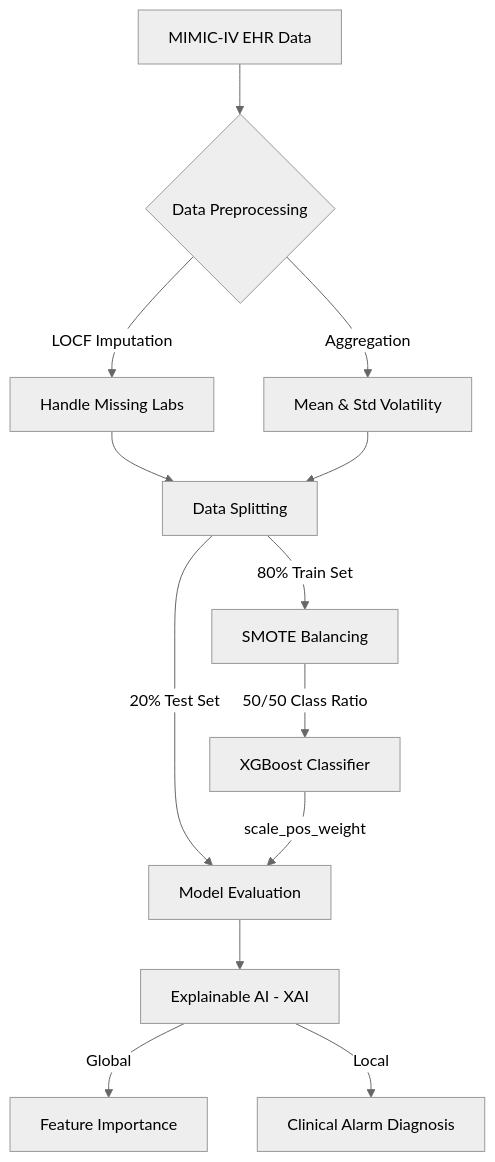
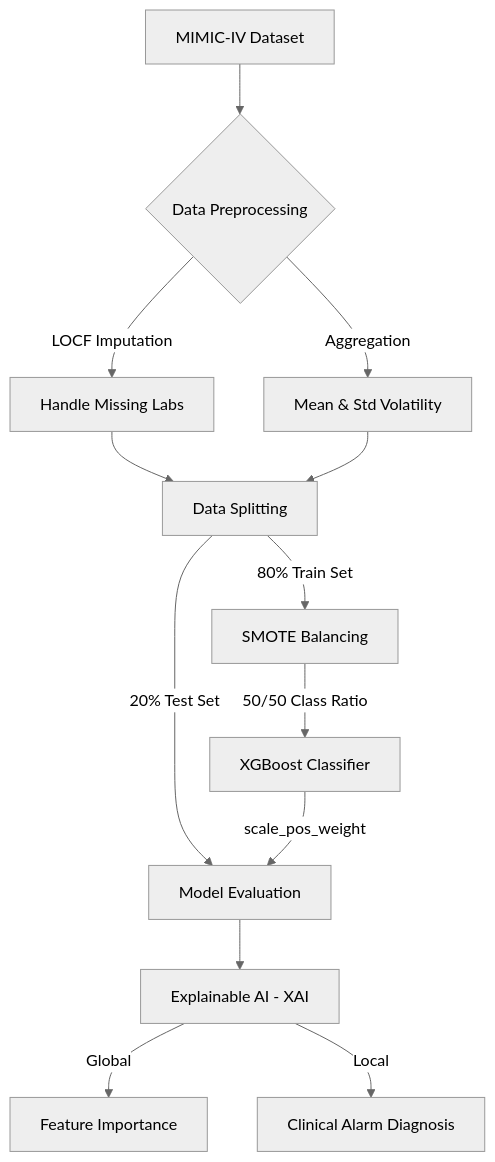
One commit to Aswin-1925/Dataset-MIMIC_IV changed the diagram in README.md. Above: the diagram before and after it, drawn with Mermaid (neutral theme).

````diff
--- a/README.md
+++ b/README.md
@@ -48,19 +48,19 @@
 ```mermaid
 graph TD
-    A[MIMIC-IV EHR Data] --> B{Data Preprocessing}
+    A[MIMIC-IV  Dataset] --> B{Data Preprocessing}
     B -->|LOCF Imputation| C[Handle Missing Labs]
     B -->|Aggregation| D[Mean & Std Volatility]
     C --> E[Data Splitting]
     D --> E
     E -->|80% Train Set| F[SMOTE Balancing]
     F -->|50/50 Class Ratio| G[XGBoost Classifier]
     E -->|20% Test Set| H[Model Evaluation]
     G -->|scale_pos_weight| H
     H --> I[Explainable AI - XAI]
     I -->|Global| J[Feature Importance]
     I -->|Local| K[Clinical Alarm Diagnosis]
     
     class G,I highlight;
     class A primary;
     class F secondary;
 ```
````
